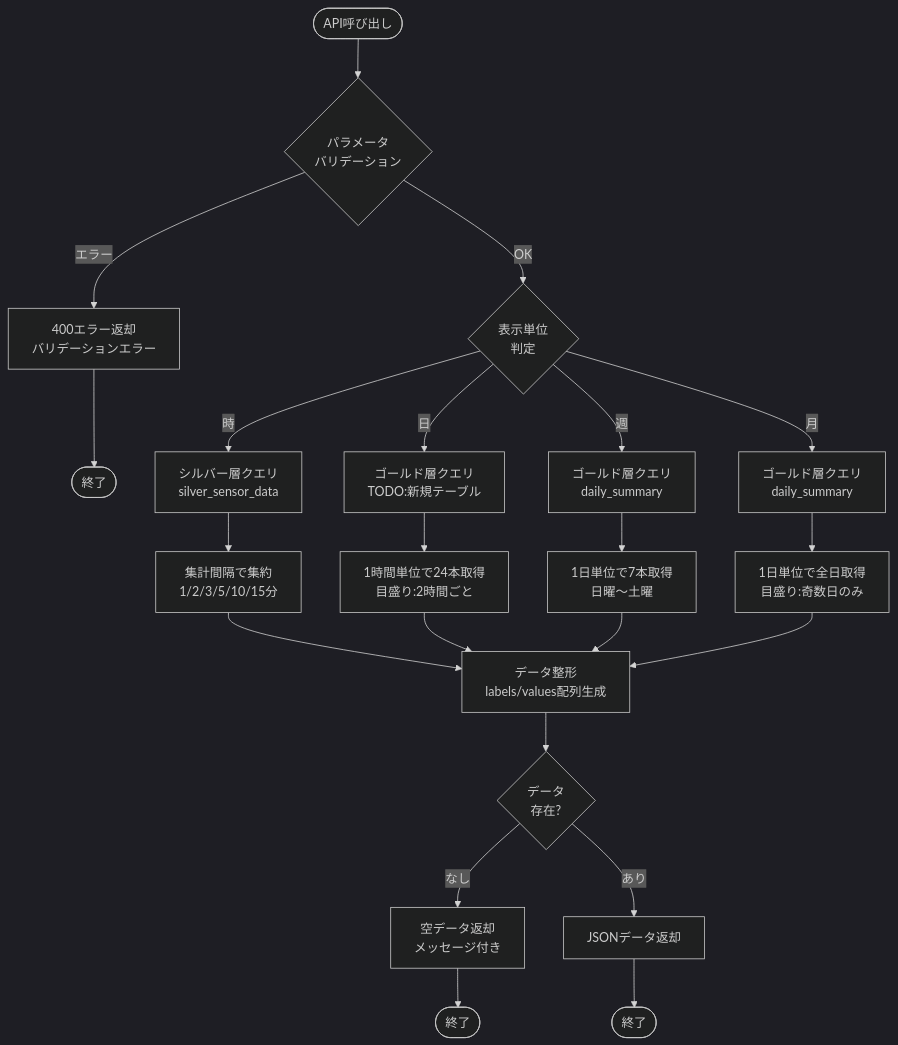
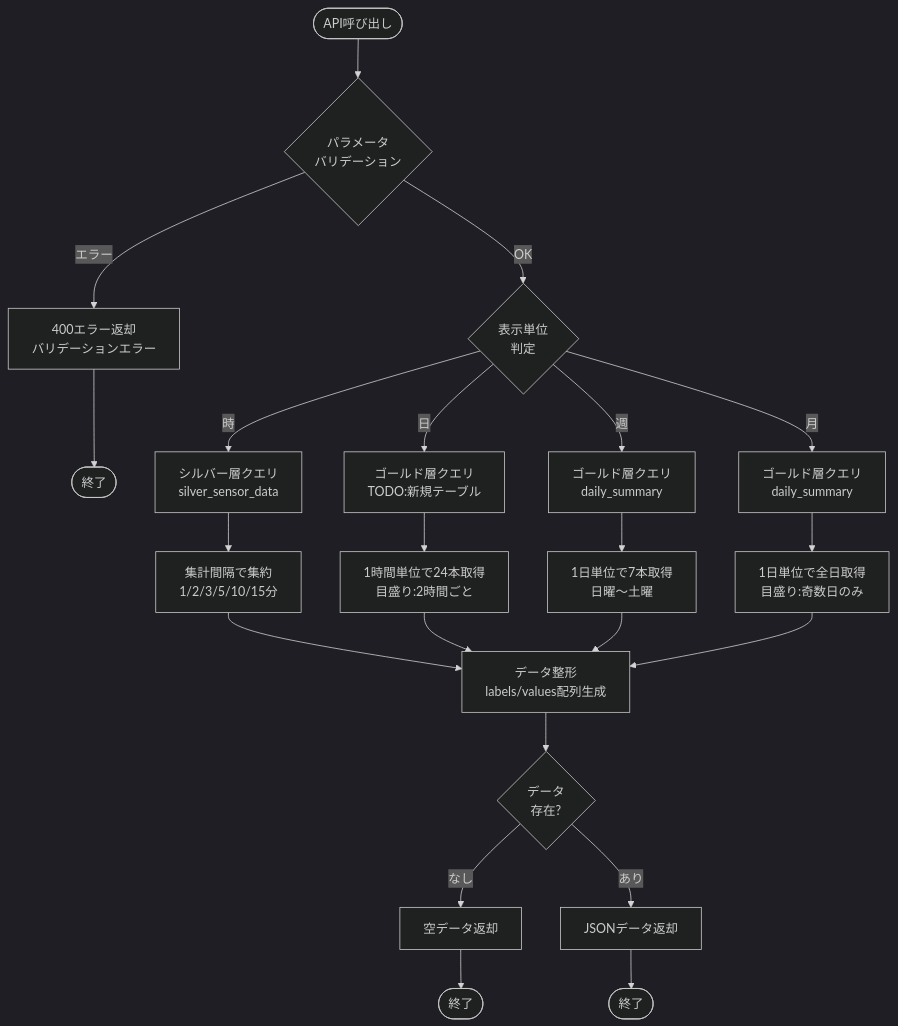
One commit to NSW-SVCP-AIWG002/Databricks-IoT changed the first of 2 diagrams in docs/03-features/flask-app/dashboard-bar-chart/workflow-specification.md. Above: the diagram before and after it, drawn with Mermaid (dark theme). The commit also changed other lines of this file and 2 other files, not shown here.

````diff
--- a/docs/03-features/flask-app/dashboard-bar-chart/workflow-specification.md
+++ b/docs/03-features/flask-app/dashboard-bar-chart/workflow-specification.md
@@ -320,34 +262,34 @@
 ```mermaid
 flowchart TD
     Start([API呼び出し]) --> Validate{パラメータ<br>バリデーション}
 
     Validate -->|エラー| Return400[400エラー返却<br>バリデーションエラー]
     Return400 --> End1([終了])
 
     Validate -->|OK| UnitCheck{表示単位<br>判定}
 
     UnitCheck -->|時| QuerySilver[シルバー層クエリ<br>silver_sensor_data]
     QuerySilver --> AggregateSilver[集計間隔で集約<br>1/2/3/5/10/15分]
 
     UnitCheck -->|日| QueryGoldDay[ゴールド層クエリ<br>TODO:新規テーブル]
     QueryGoldDay --> AggregateDay[1時間単位で24本取得<br>目盛り:2時間ごと]
 
     UnitCheck -->|週| QueryGoldWeek[ゴールド層クエリ<br>daily_summary]
     QueryGoldWeek --> AggregateWeek[1日単位で7本取得<br>日曜〜土曜]
 
     UnitCheck -->|月| QueryGoldMonth[ゴールド層クエリ<br>daily_summary]
     QueryGoldMonth --> AggregateMonth[1日単位で全日取得<br>目盛り:奇数日のみ]
 
     AggregateSilver --> Format[データ整形<br>labels/values配列生成]
     AggregateDay --> Format
     AggregateWeek --> Format
     AggregateMonth --> Format
 
     Format --> HasData{データ<br>存在?}
 
-    HasData -->|なし| ReturnEmpty[空データ返却<br>メッセージ付き]
+    HasData -->|なし| ReturnEmpty[空データ返却]
     ReturnEmpty --> End2([終了])
 
     HasData -->|あり| ReturnData[JSONデータ返却]
     ReturnData --> End3([終了])
 ```
````
